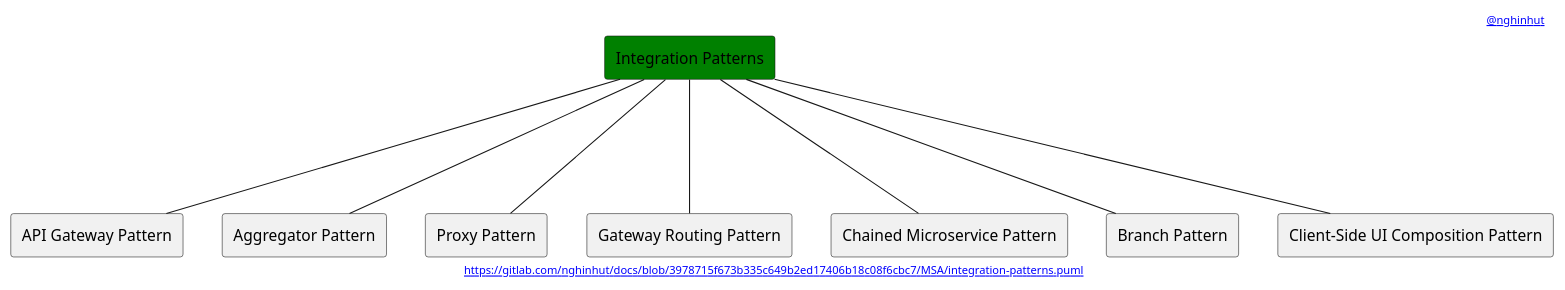
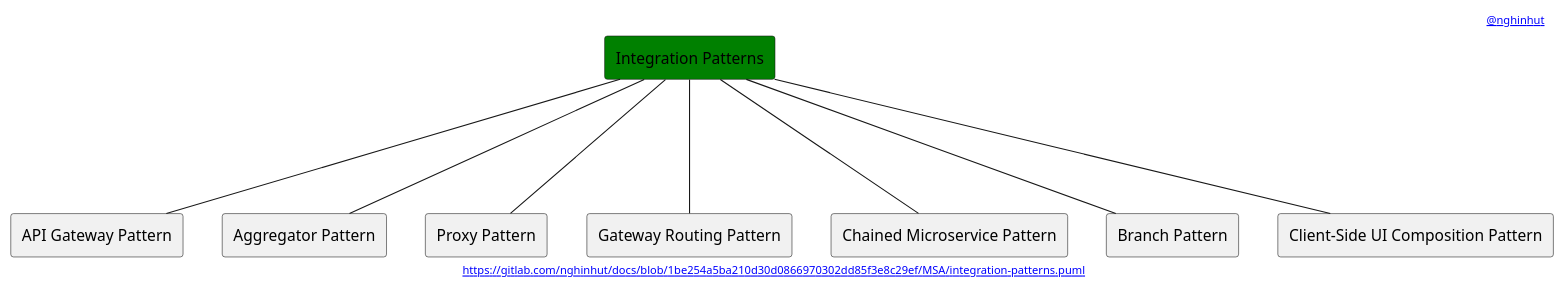
Before and after one commit to nghinhut/docs: the diagram in MSA/integration-patterns.puml, drawn with PlantUML. The commit also changed 22 other files, not shown here.

Commit message:
Update diagrams

```diff
--- a/MSA/integration-patterns.puml
+++ b/MSA/integration-patterns.puml
@@ -1,24 +1,24 @@
 @startuml
 '-----START auto generated metadata please keep comment here to allow auto update-----
 '-----DON'T EDIT THIS SECTION, INSTEAD RE-RUN prebuild.sh TO UPDATE-----
-header [[https://www.nghinhut.dev?from=http%5C%3A%5C%2F%5C%2Fwww%5C.plantuml%5C.com%5C%2Fplantuml%5C%2Fproxy%3Ffmt%3Dsvg%5C%26src%3Dhttps%5C%3A%5C%2F%5C%2Fgitlab%5C.com%5C%2Fnghinhut%5C%2Fdocs%5C%2Fraw%5C%2F3978715f673b335c649b2ed17406b18c08f6cbc7%5C%2FMSA%5C%2Fintegration-patterns%5C.puml%0A @nghinhut]]
-footer [[http://www.plantuml.com/plantuml/proxy?fmt=svg&src=https://gitlab.com/nghinhut/docs/raw/3978715f673b335c649b2ed17406b18c08f6cbc7/MSA/integration-patterns.puml https://gitlab.com/nghinhut/docs/blob/3978715f673b335c649b2ed17406b18c08f6cbc7/MSA/integration-patterns.puml]]
+header [[https://www.nghinhut.dev?from=http%5C%3A%5C%2F%5C%2Fwww%5C.plantuml%5C.com%5C%2Fplantuml%5C%2Fproxy%3Ffmt%3Dsvg%5C%26src%3Dhttps%5C%3A%5C%2F%5C%2Fgitlab%5C.com%5C%2Fnghinhut%5C%2Fdocs%5C%2Fraw%5C%2F1be254a5ba210d30d0866970302dd85f3e8c29ef%5C%2FMSA%5C%2Fintegration-patterns%5C.puml%0A @nghinhut]]
+footer [[http://www.plantuml.com/plantuml/proxy?fmt=svg&src=https://gitlab.com/nghinhut/docs/raw/1be254a5ba210d30d0866970302dd85f3e8c29ef/MSA/integration-patterns.puml https://gitlab.com/nghinhut/docs/blob/1be254a5ba210d30d0866970302dd85f3e8c29ef/MSA/integration-patterns.puml]]
 '-----END auto generated metadata please keep comment here to allow auto update-----
 
 rectangle "Integration Patterns" as Integration #green
 
 rectangle "API Gateway Pattern" as IntegrationP1
 rectangle "Aggregator Pattern" as IntegrationP2
 rectangle "Proxy Pattern" as IntegrationP3
 rectangle "Gateway Routing Pattern" as IntegrationP4
 rectangle "Chained Microservice Pattern" as IntegrationP5
 rectangle "Branch Pattern" as IntegrationP6
 rectangle "Client-Side UI Composition Pattern" as IntegrationP7
 Integration --- IntegrationP1
 Integration --- IntegrationP2
 Integration --- IntegrationP3
 Integration --- IntegrationP4
 Integration --- IntegrationP5
 Integration --- IntegrationP6
 Integration --- IntegrationP7
 @enduml
```
